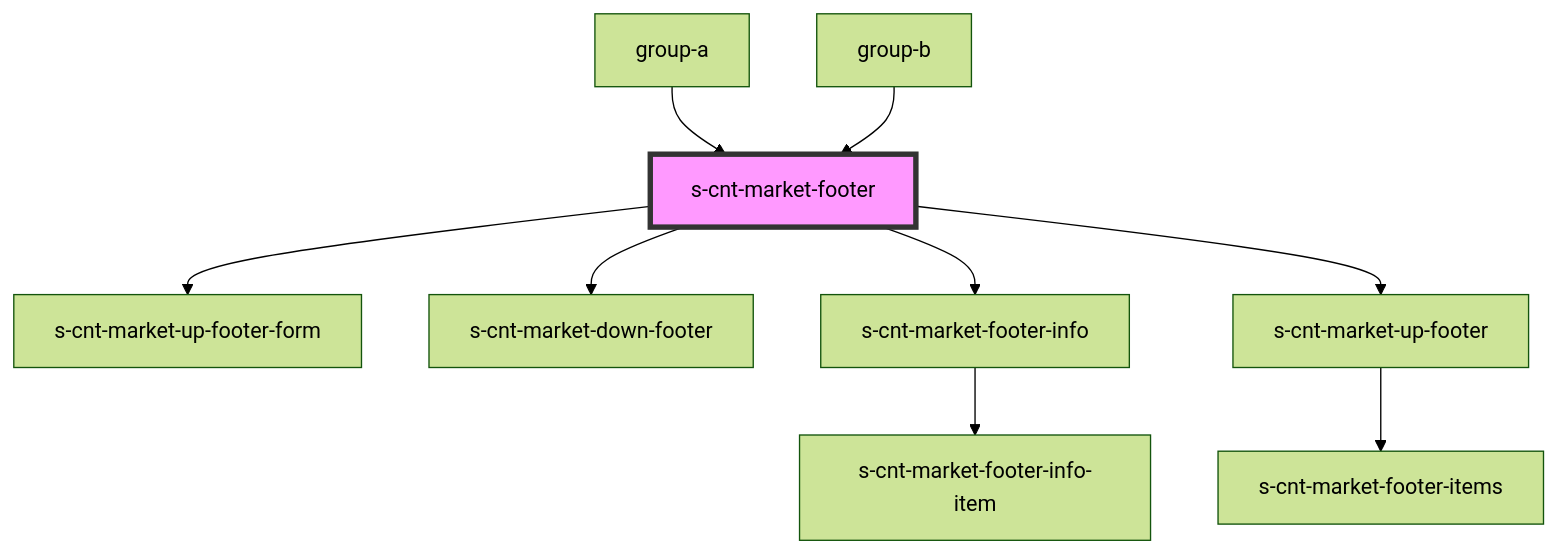
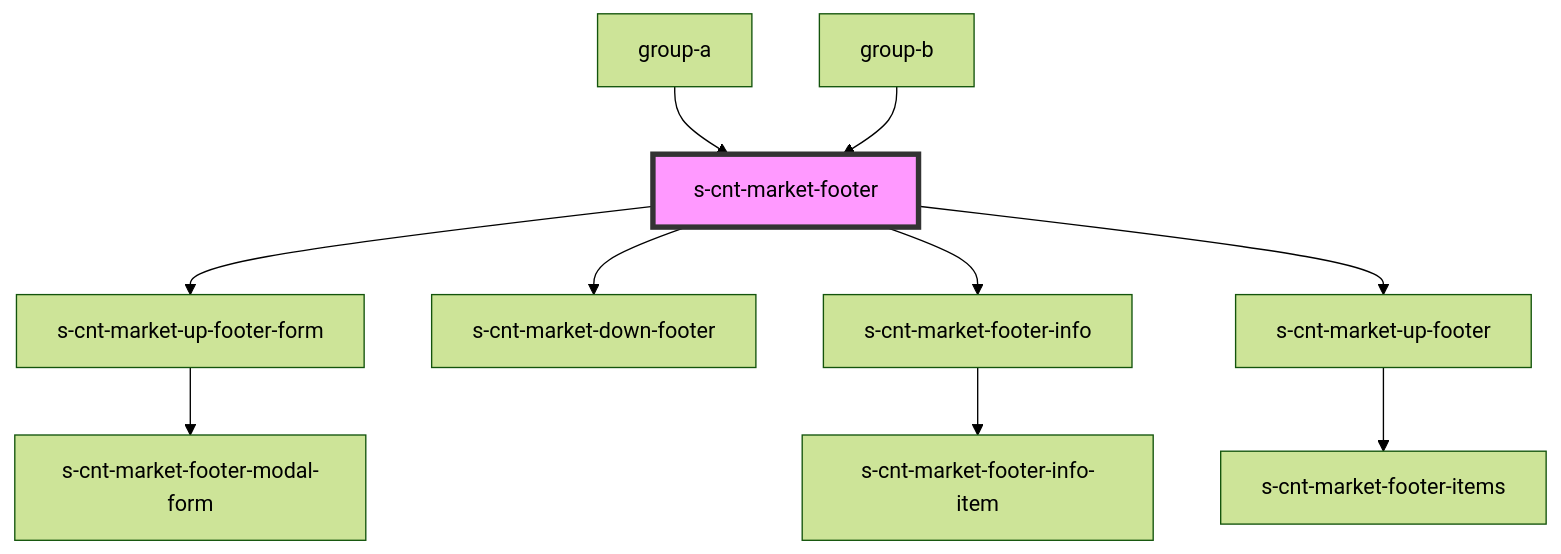
One commit to saqhan/stencil-market changed the diagram in src/components/group-a/res/view/s-cnt-market-footer/readme.md. Above: the diagram before and after it, drawn with Mermaid (forest theme). The commit also changed 25 other files, not shown here.

````diff
--- a/src/components/group-a/res/view/s-cnt-market-footer/readme.md
+++ b/src/components/group-a/res/view/s-cnt-market-footer/readme.md
@@ -30,12 +30,13 @@
 ```mermaid
 graph TD;
   s-cnt-market-footer --> s-cnt-market-up-footer-form
   s-cnt-market-footer --> s-cnt-market-down-footer
   s-cnt-market-footer --> s-cnt-market-footer-info
   s-cnt-market-footer --> s-cnt-market-up-footer
+  s-cnt-market-up-footer-form --> s-cnt-market-footer-modal-form
   s-cnt-market-footer-info --> s-cnt-market-footer-info-item
   s-cnt-market-up-footer --> s-cnt-market-footer-items
   group-a --> s-cnt-market-footer
   group-b --> s-cnt-market-footer
   style s-cnt-market-footer fill:#f9f,stroke:#333,stroke-width:4px
 ```
````
